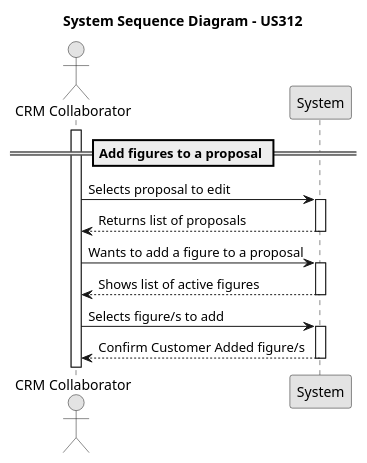
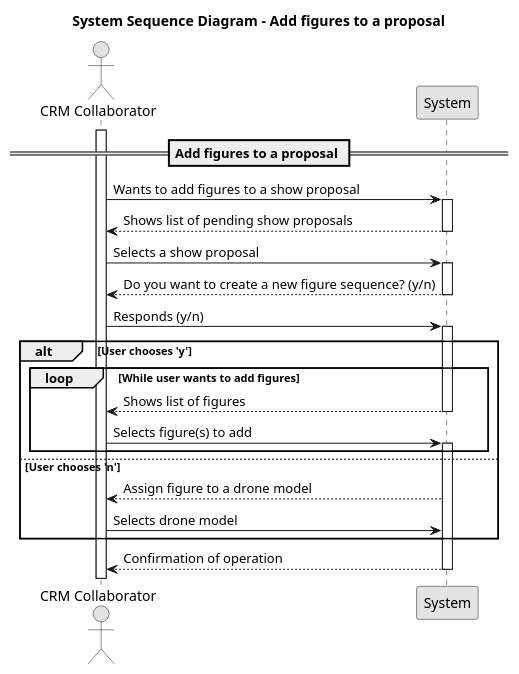
Before and after one commit to rubenFreitas1/ISEP-LAPR4-2024-2025: the diagram in docs/Sprint3/us_312/diagrams/system-sequence-diagram-US312.puml, drawn with PlantUML. The commit also changed 15 other files, not shown here.

```diff
--- a/docs/Sprint3/us_312/diagrams/system-sequence-diagram-US312.puml
+++ b/docs/Sprint3/us_312/diagrams/system-sequence-diagram-US312.puml
@@ -1,31 +1,43 @@
 @startuml
 skinparam monochrome true
 skinparam packageStyle rectangle
 skinparam shadowing false
 
 actor "CRM Collaborator" as crmCollaborator
 participant "System" as system
 
-title System Sequence Diagram - US312
+title System Sequence Diagram - Add figures to a proposal
 
 == Add figures to a proposal ==
 activate crmCollaborator
 
-crmCollaborator -> system : Selects proposal to edit
+crmCollaborator -> system : Wants to add figures to a show proposal
 activate system
-system --> crmCollaborator : Returns list of proposals
+system --> crmCollaborator : Shows list of pending show proposals
 deactivate system
-crmCollaborator -> system : Wants to add a figure to a proposal
+
+crmCollaborator -> system : Selects a show proposal
+activate system
+system --> crmCollaborator : Do you want to create a new figure sequence? (y/n)
+deactivate system
+
+crmCollaborator -> system : Responds (y/n)
 activate system
 
-system --> crmCollaborator :Shows list of active figures
-deactivate system
-crmCollaborator -> system : Selects figure/s to add
+alt User chooses 'y'
+    loop While user wants to add figures
+        system --> crmCollaborator : Shows list of figures
+        deactivate system
 
-activate system
-system --> crmCollaborator : Confirm Customer Added figure/s
+        crmCollaborator -> system : Selects figure(s) to add
+        activate system
+    end
+else User chooses 'n'
+    system --> crmCollaborator : Assign figure to a drone model
+crmCollaborator -> system : Selects drone model
+end
+
+system --> crmCollaborator : Confirmation of operation
 deactivate system
 
-
-
 @enduml
```
